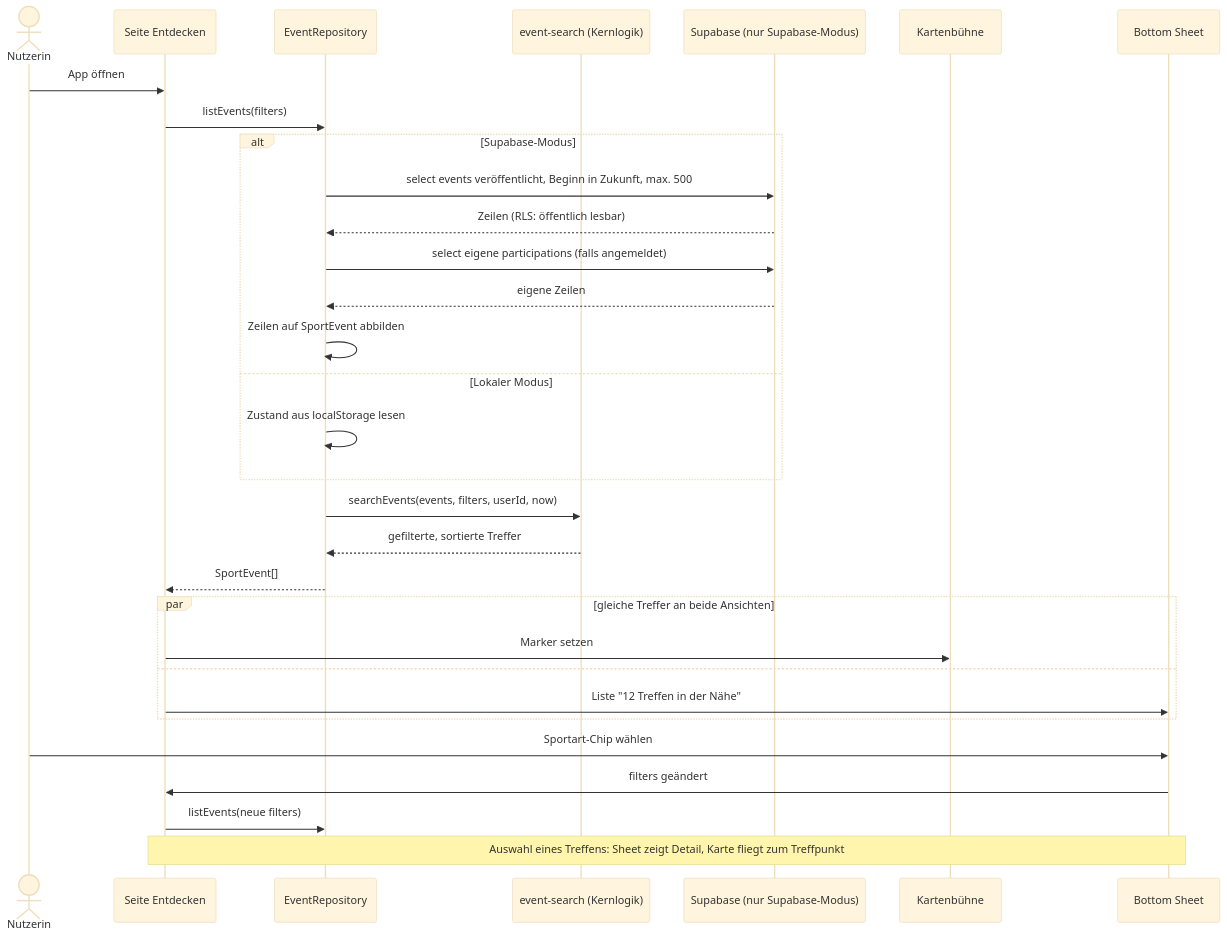
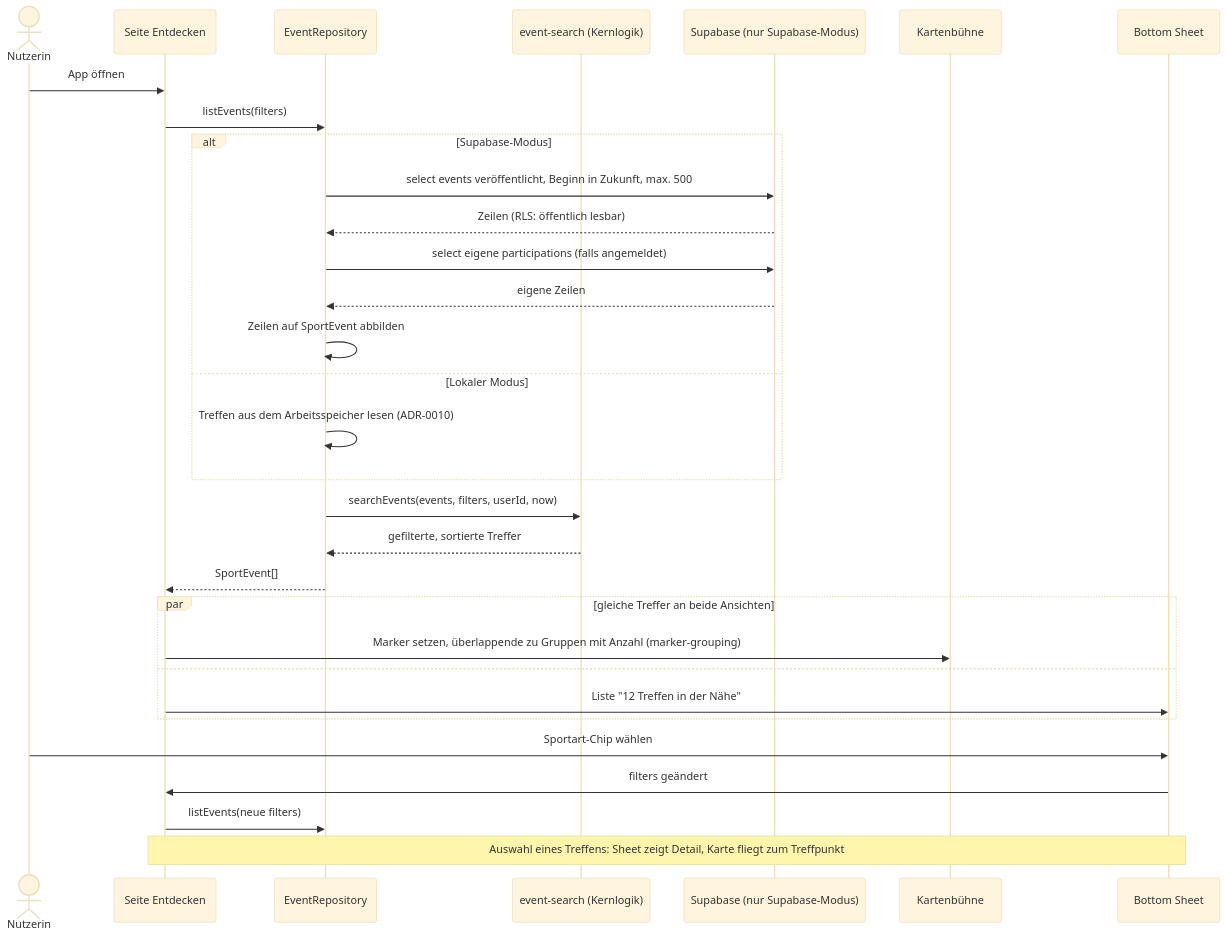
The second of 9 diagrams in docs/architecture.md (Paulo-Temme/SportMate), drawn with Mermaid (base theme) before and after one commit. The commit also changed other lines of this file, not shown here.

Commit message:
F-00: Architektur an den Code angeglichen (src/lib/map, src/lib/ui, AuthGateway, data-services, Arbeitsspeicher nach ADR-0010, Marker-Gruppen, Klassendiagramm, Ordnerstruktur, Story-IDs)

````diff
--- a/docs/architecture.md
+++ b/docs/architecture.md
@@ -174,33 +184,33 @@
 ```mermaid
 sequenceDiagram
   actor N as Nutzerin
   participant P as Seite Entdecken
   participant R as EventRepository
   participant S as event-search (Kernlogik)
   participant DB as Supabase (nur Supabase-Modus)
   participant M as Kartenbühne
   participant L as Bottom Sheet
   N->>P: App öffnen
   P->>R: listEvents(filters)
   alt Supabase-Modus
     R->>DB: select events veröffentlicht, Beginn in Zukunft, max. 500
     DB-->>R: Zeilen (RLS: öffentlich lesbar)
     R->>DB: select eigene participations (falls angemeldet)
     DB-->>R: eigene Zeilen
     R->>R: Zeilen auf SportEvent abbilden
   else Lokaler Modus
-    R->>R: Zustand aus localStorage lesen
+    R->>R: Treffen aus dem Arbeitsspeicher lesen (ADR-0010)
   end
   R->>S: searchEvents(events, filters, userId, now)
   S-->>R: gefilterte, sortierte Treffer
   R-->>P: SportEvent[]
   par gleiche Treffer an beide Ansichten
-    P->>M: Marker setzen
+    P->>M: Marker setzen, überlappende zu Gruppen mit Anzahl (marker-grouping)
   and
     P->>L: Liste "12 Treffen in der Nähe"
   end
   N->>L: Sportart-Chip wählen
   L->>P: filters geändert
   P->>R: listEvents(neue filters)
   Note over P,L: Auswahl eines Treffens: Sheet zeigt Detail, Karte fliegt zum Treffpunkt
 ```
````
